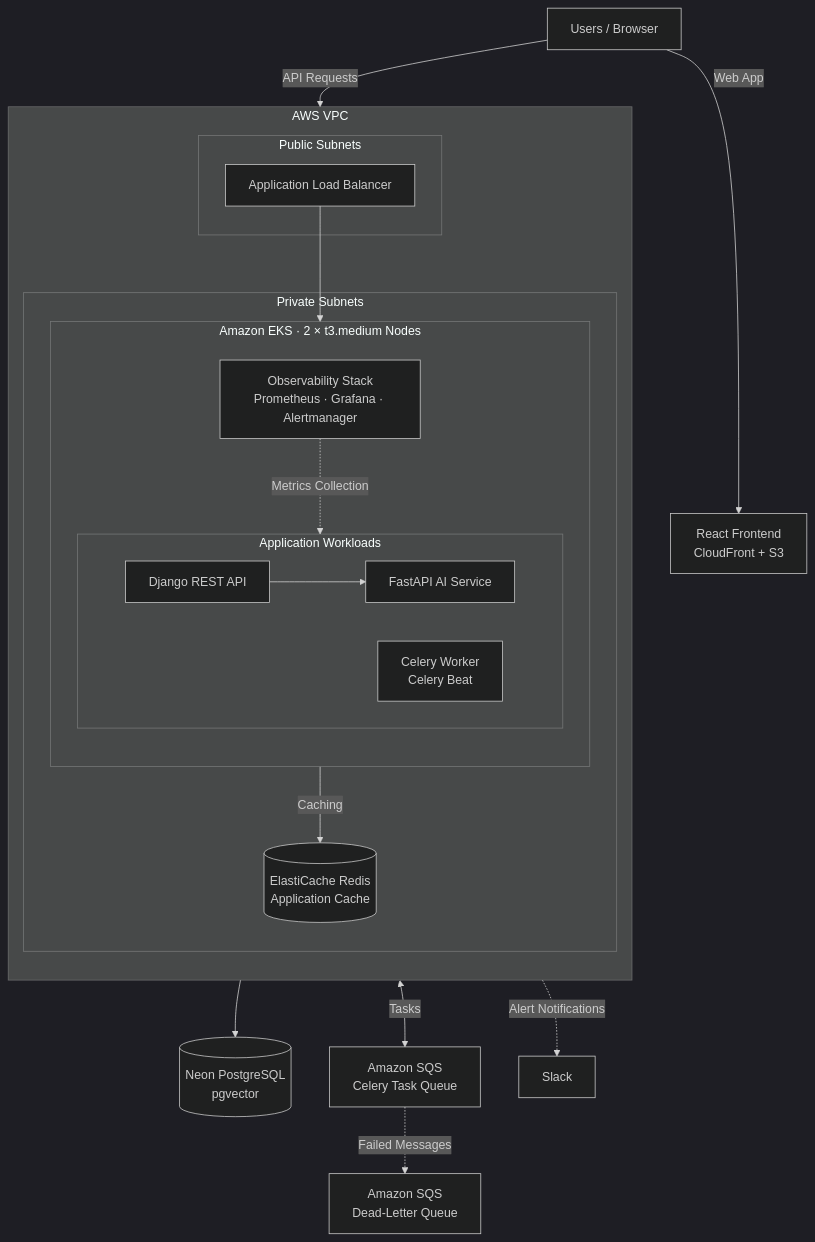
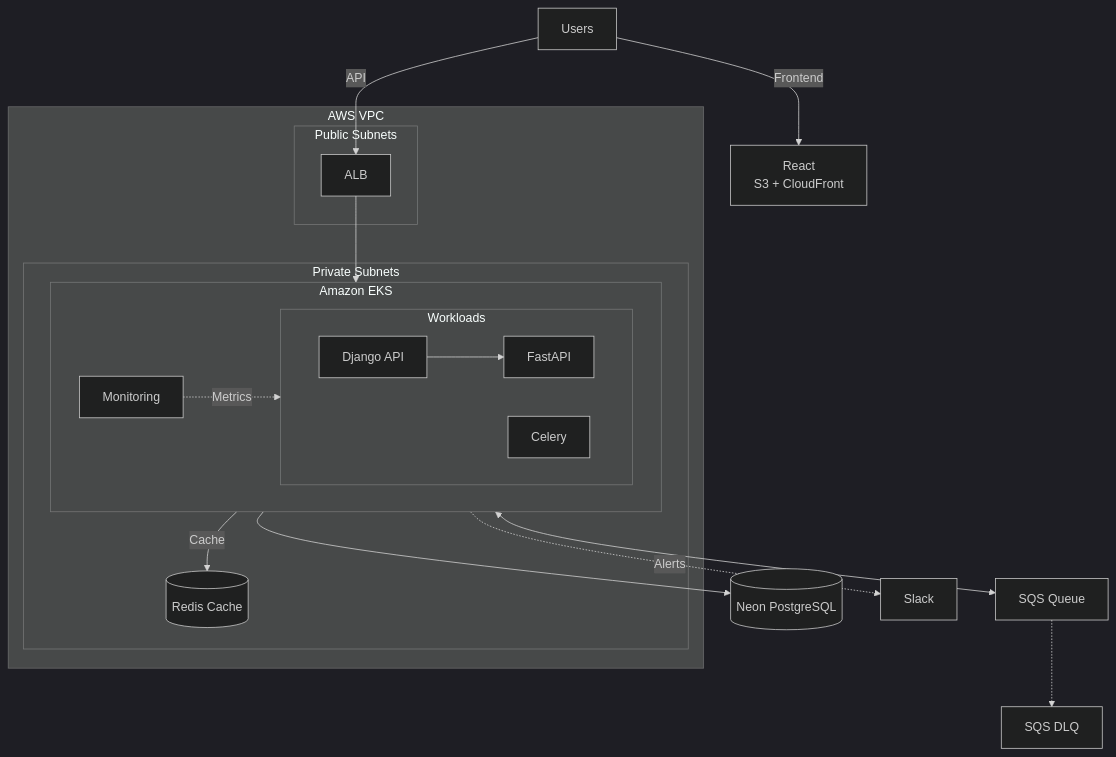
One commit to SinanErbezci/bookclub changed the first of 2 diagrams in README.md. Above: the diagram before and after it, drawn with Mermaid (dark theme). The commit also changed other lines of this file, not shown here.

````diff
--- a/README.md
+++ b/README.md
@@ -60,47 +61,42 @@
 ```mermaid
+flowchart TB
+    Users["Users"]
 
-
-flowchart TB
-    Users["Users / Browser"]
-
-    Users -->|Web App| Frontend["React Frontend<br/>CloudFront + S3"]
-    Users -->|API Requests| ALB
+    Users -->|Frontend| Frontend["React<br/>S3 + CloudFront"]
+    Users -->|API| ALB
 
     subgraph VPC["AWS VPC"]
-        direction TB
-
         subgraph Public["Public Subnets"]
-            ALB["Application Load Balancer"]
+            ALB["ALB"]
         end
 
         subgraph Private["Private Subnets"]
-            subgraph EKS["Amazon EKS · 2 × t3.medium Nodes"]
-                direction TB
+            subgraph EKS["Amazon EKS"]
+                direction LR
 
-                subgraph App["Application Workloads"]
+                subgraph App["Workloads"]
                     direction LR
-                    Django["Django REST API"]
-                    AI["FastAPI AI Service"]
-                    Celery["Celery Worker<br/>Celery Beat"]
+                    Django["Django API"]
+                    AI["FastAPI"]
+                    Celery["Celery"]
                 end
 
-                Monitoring["Observability Stack<br/>Prometheus · Grafana · Alertmanager"]
+                Monitoring["Monitoring"]
             end
 
-            Redis[("ElastiCache Redis<br/>Application Cache")]
+            Redis[("Redis Cache")]
         end
     end
 
     ALB --> Django
     Django --> AI
-    Django --> DB[("Neon PostgreSQL<br/>pgvector")]
-    Django -->|Caching| Redis
+    Django --> DB[("Neon PostgreSQL")]
+    Django -->|Cache| Redis
 
-    Celery <-->|Tasks| SQS["Amazon SQS<br/>Celery Task Queue"]
-    SQS -.->|Failed Messages| DLQ["Amazon SQS<br/>Dead-Letter Queue"]
+    Celery <--> SQS["SQS Queue"]
+    SQS -.-> DLQ["SQS DLQ"]
 
-    Monitoring -.->|Metrics Collection| App
-    Monitoring -.->|Alert Notifications| Slack["Slack"]
-
+    Monitoring -.->|Metrics| App
+    Monitoring -.->|Alerts| Slack["Slack"]
 
 ```
````
